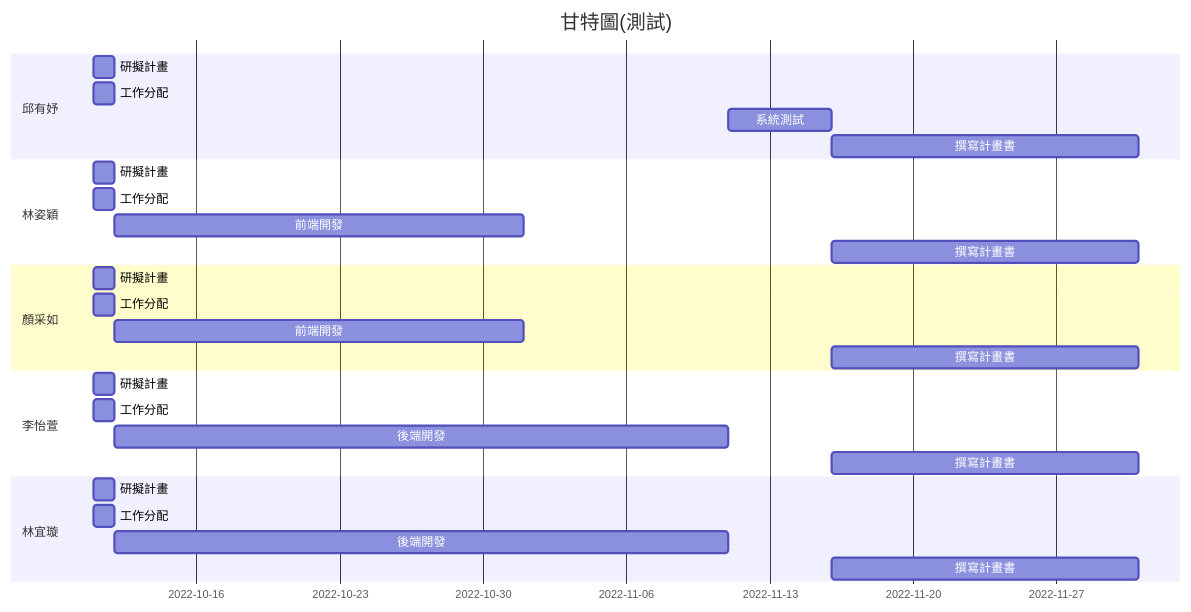
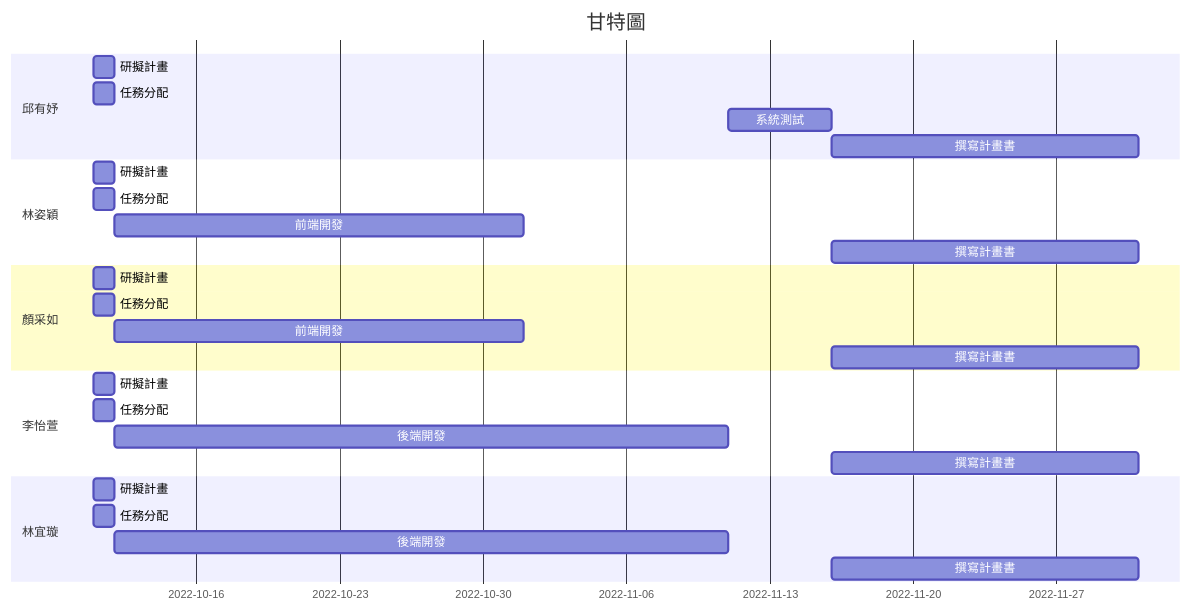
One commit to Hsxxnil/SystemAnalysis-group15 changed the diagram in README.md. Above: the diagram before and after it, drawn with Mermaid.

````diff
--- a/README.md
+++ b/README.md
@@ -16,33 +16,33 @@
 ```mermaid
 gantt
-    title 甘特圖(測試)
+    title 甘特圖
     section 邱有妤
     研擬計畫:a1, 2022-10-11, 1d
-    工作分配:a2,2022-10-11, 1d
+    任務分配:a2,2022-10-11, 1d
     系統測試:a5,after a4, 5d
     撰寫計畫書:a6,after a5, 15d
     
     section 林姿穎
     研擬計畫:a1, 2022-10-11, 1d
-    工作分配:a2,2022-10-11, 1d
+    任務分配:a2,2022-10-11, 1d
     前端開發:a3,after a2,20d
     撰寫計畫書:a6,after a5, 15d
     
     section 顏采如
     研擬計畫:a1, 2022-10-11, 1d
-    工作分配:a2,2022-10-11, 1d
+    任務分配:a2,2022-10-11, 1d
     前端開發:a3,after a2,20d
     撰寫計畫書:a6,after a5, 15d
     
     section 李怡萱
     研擬計畫:a1, 2022-10-11, 1d
-    工作分配:a2,2022-10-11, 1d
+    任務分配:a2,2022-10-11, 1d
     後端開發:a4,after a2, 30d
     撰寫計畫書:a6,after a5, 15d
     
     section 林宜璇
     研擬計畫:a1, 2022-10-11, 1d
-    工作分配:a2,2022-10-11, 1d
+    任務分配:a2,2022-10-11, 1d
     後端開發:a4,after a2, 30d
     撰寫計畫書:a6,after a5, 15d
 ```
````
